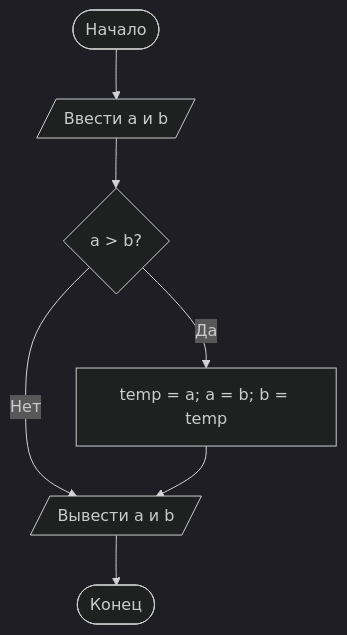
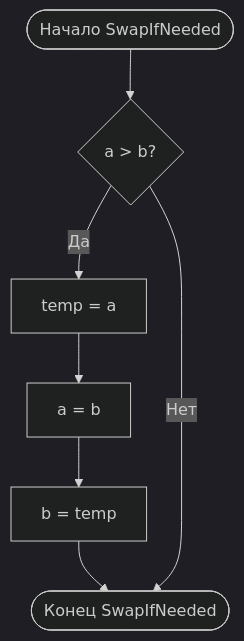
Before and after one commit to lonelyy228/algoritmization-ibd621-2-variant-25-rework: the third of 3 diagrams in Task 2/Task 2-2/Отчёт.md, drawn with Mermaid (dark theme). The commit also changed other lines of this file, not shown here.

Commit message:
Исправлены блок-схемы задания 2-2

````diff
--- a/Task 2/Task 2-2/Отчёт.md
+++ b/Task 2/Task 2-2/Отчёт.md
@@ -7,9 +35,9 @@
 ```mermaid
 flowchart TD
-    A([Начало]) --> B[/Ввести a и b/]
-    B --> C{a > b?}
-    C -- Да --> D[temp = a; a = b; b = temp]
-    C -- Нет --> E[/Вывести a и b/]
-    D --> E
-    E --> F([Конец])
+    A([Начало SwapIfNeeded]) --> B{"a > b?"}
+    B -- Да --> C["temp = a"]
+    C --> D["a = b"]
+    D --> E["b = temp"]
+    E --> F([Конец SwapIfNeeded])
+    B -- Нет --> F
 ```
````
